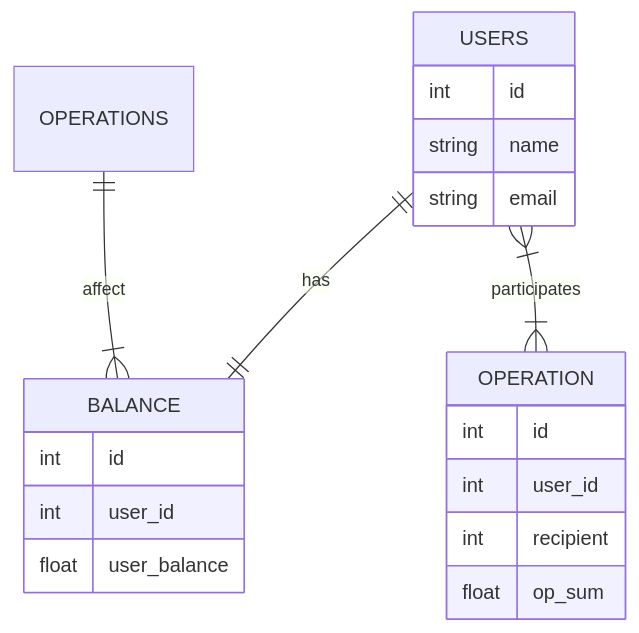
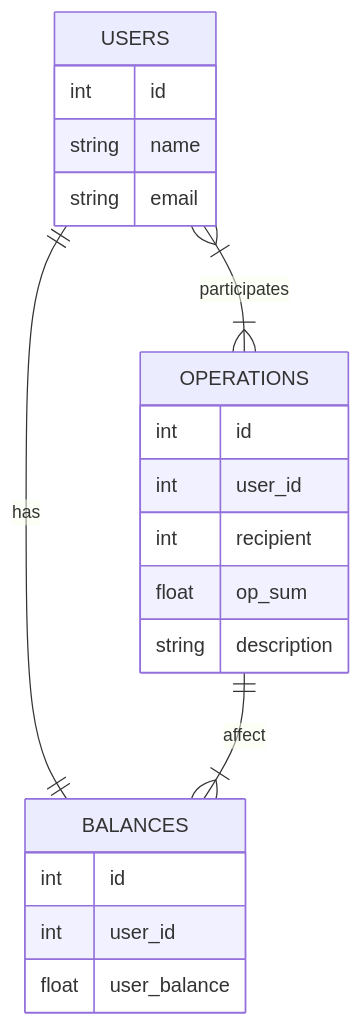
Before and after one commit to slay336/UserBalancePub: the diagram in README.md, drawn with Mermaid. The commit also changed other lines of this file and 1 other file, not shown here.

````diff
--- a/README.md
+++ b/README.md
@@ -42,26 +32,27 @@
 ```mermaid
 erDiagram
     USERS {
         int id
         string name
         string email
     }
 
-    BALANCE {
+    BALANCES {
         int id
         int user_id
         float user_balance
     }
 
-    OPERATION {
+    OPERATIONS {
         int id
         int user_id
         int recipient
         float op_sum
+        string description
     }
 
-    USERS ||--|| BALANCE : has
-    USERS }|--|{ OPERATION : participates
-    OPERATIONS ||--|{ BALANCE : affect
+    USERS ||--|| BALANCES : has
+    USERS }|--|{ OPERATIONS : participates
+    OPERATIONS ||--|{ BALANCES : affect
 
 ```
````
